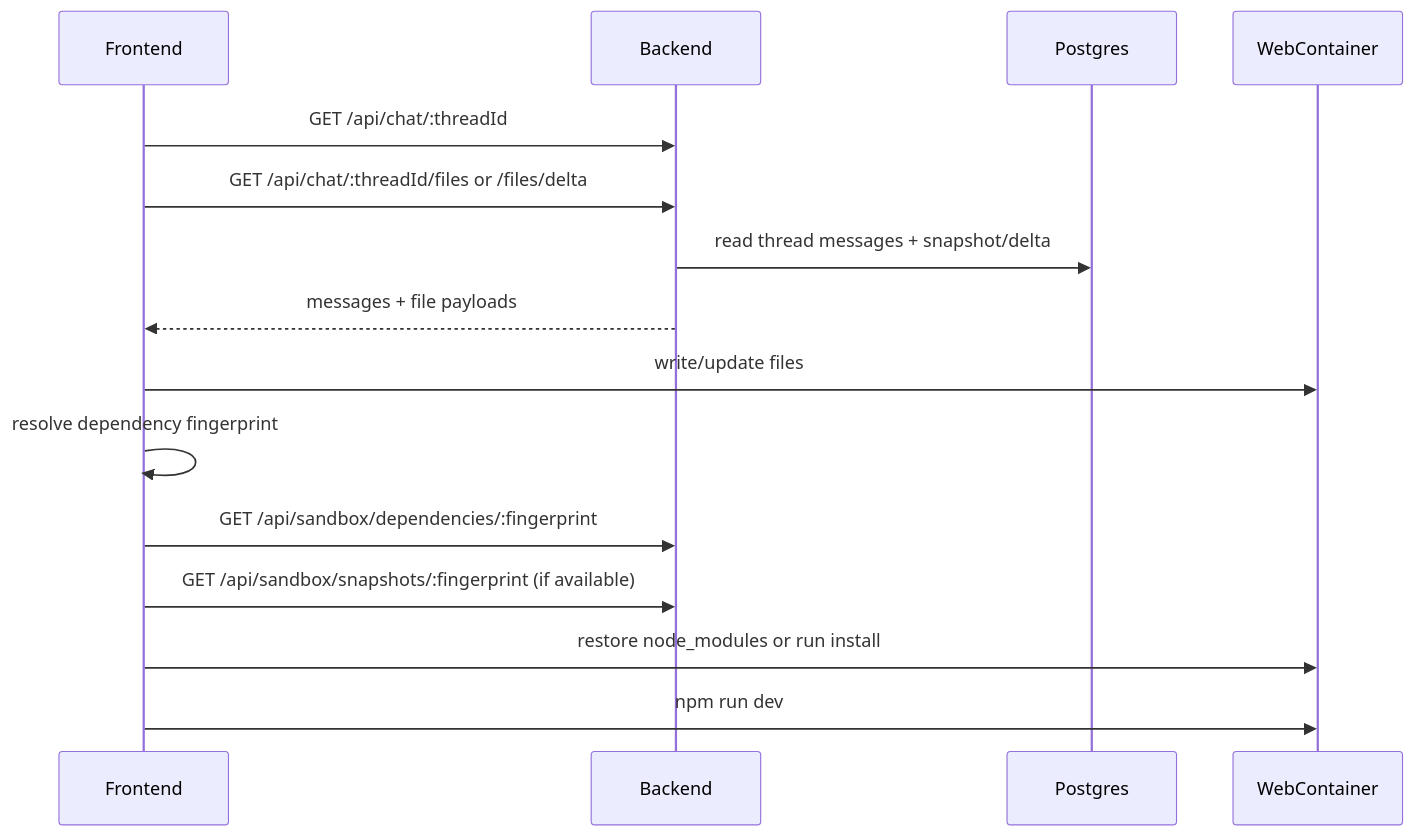
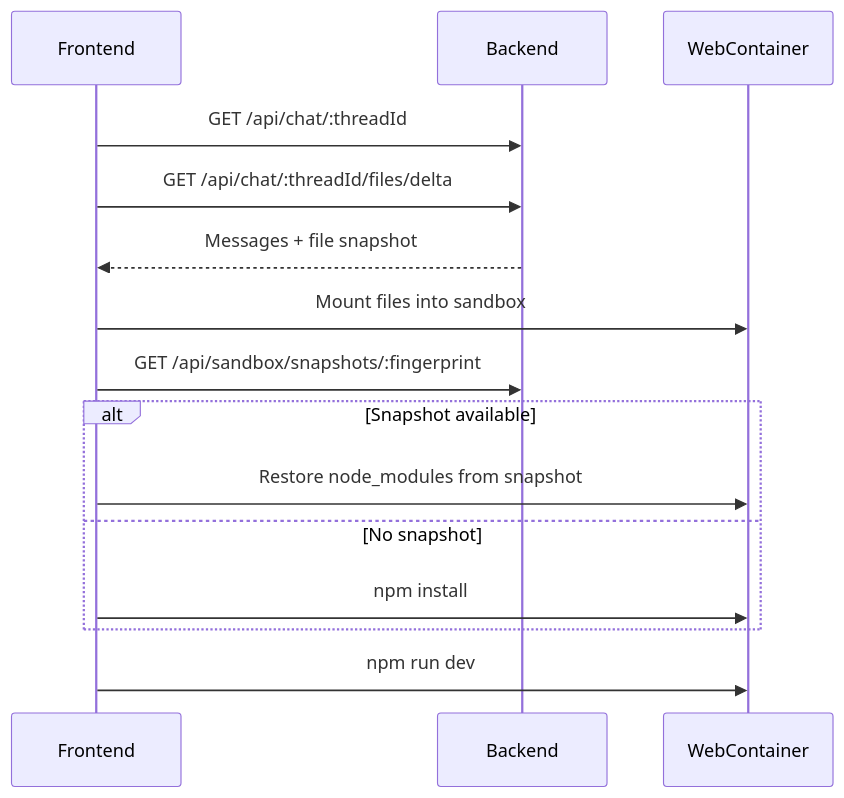
The tenth of 20 diagrams in README.md (SpiritOfKedar/nextgen), drawn with Mermaid before and after one commit. The commit also changed other lines of this file and 1 other file, not shown here.

````diff
--- a/README.md
+++ b/README.md
@@ -151,18 +542,18 @@
 ```mermaid
 sequenceDiagram
-  participant FE as Frontend
-  participant BE as Backend
-  participant DB as Postgres
-  participant WC as WebContainer
+    participant FE as Frontend
+    participant BE as Backend
+    participant WC as WebContainer
 
-  FE->>BE: GET /api/chat/:threadId
-  FE->>BE: GET /api/chat/:threadId/files or /files/delta
-  BE->>DB: read thread messages + snapshot/delta
-  BE-->>FE: messages + file payloads
-  FE->>WC: write/update files
-  FE->>FE: resolve dependency fingerprint
-  FE->>BE: GET /api/sandbox/dependencies/:fingerprint
-  FE->>BE: GET /api/sandbox/snapshots/:fingerprint (if available)
-  FE->>WC: restore node_modules or run install
-  FE->>WC: npm run dev
+    FE->>BE: GET /api/chat/:threadId
+    FE->>BE: GET /api/chat/:threadId/files/delta
+    BE-->>FE: Messages + file snapshot
+    FE->>WC: Mount files into sandbox
+    FE->>BE: GET /api/sandbox/snapshots/:fingerprint
+    alt Snapshot available
+        FE->>WC: Restore node_modules from snapshot
+    else No snapshot
+        FE->>WC: npm install
+    end
+    FE->>WC: npm run dev
 ```
````
